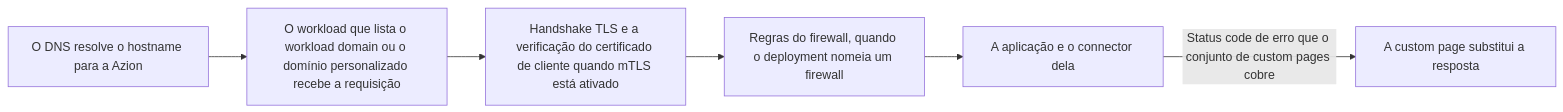
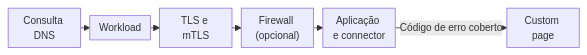
One commit to aziontech/docs changed the diagram in src/content/docs/pt-br/pages/menu-principal/referencia/secure/workloads/workloads.mdx. Above: the diagram before and after it, drawn with Mermaid. The commit also changed 5 other files, not shown here.

First line of the commit message:
docs(workloads): fit the section's diagrams to the frame without horizontal scroll

````diff
--- a/src/content/docs/pt-br/pages/menu-principal/referencia/secure/workloads/workloads.mdx
+++ b/src/content/docs/pt-br/pages/menu-principal/referencia/secure/workloads/workloads.mdx
@@ -85,8 +85,9 @@
 ```mermaid
+%%{init: {"layout": "dagre", "themeVariables": {"fontSize": "13px"}, "flowchart": {"nodeSpacing": 12, "rankSpacing": 12, "padding": 6, "wrappingWidth": 70, "minNodeWidth": 40, "useMaxWidth": true}}}%%
 flowchart LR
-  DNS["O DNS resolve o hostname para a Azion"] --> Host["O workload que lista o workload domain ou o domínio personalizado recebe a requisição"]
-  Host --> TLS["Handshake TLS e a verificação do certificado de cliente quando mTLS está ativado"]
-  TLS --> FW["Regras do firewall, quando o deployment nomeia um firewall"]
-  FW --> App["A aplicação e o connector dela"]
-  App -->|"Status code de erro que o conjunto de custom pages cobre"| CP["A custom page substitui a resposta"]
+  DNS["Consulta DNS"] --> Host["Workload"]
+  Host --> TLS["TLS e mTLS"]
+  TLS --> FW["Firewall (opcional)"]
+  FW --> App["Aplicação e connector"]
+  App -->|"Código de erro coberto"| CP["Custom page"]
 ```
````
